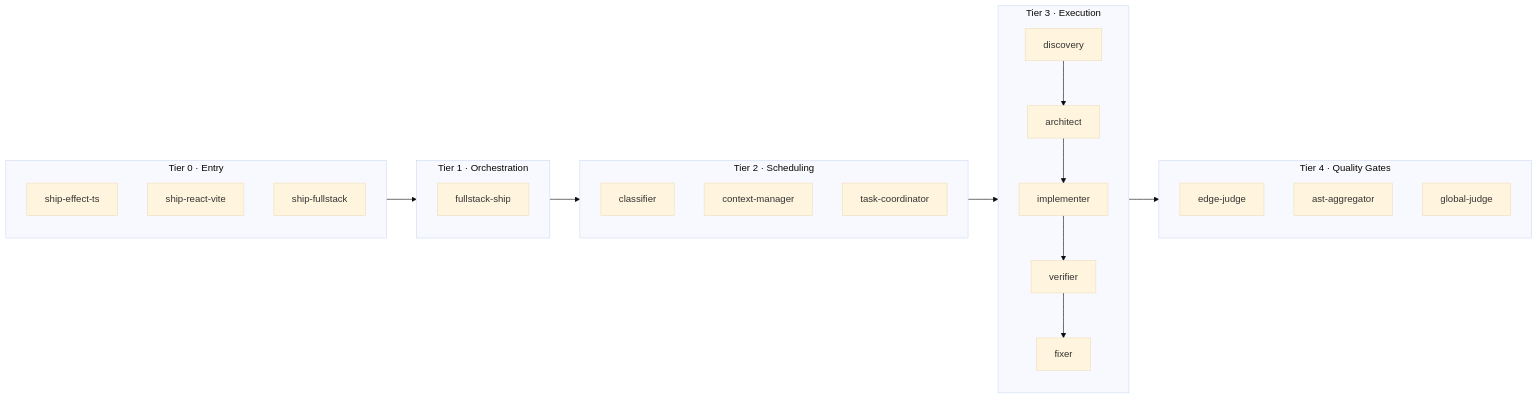
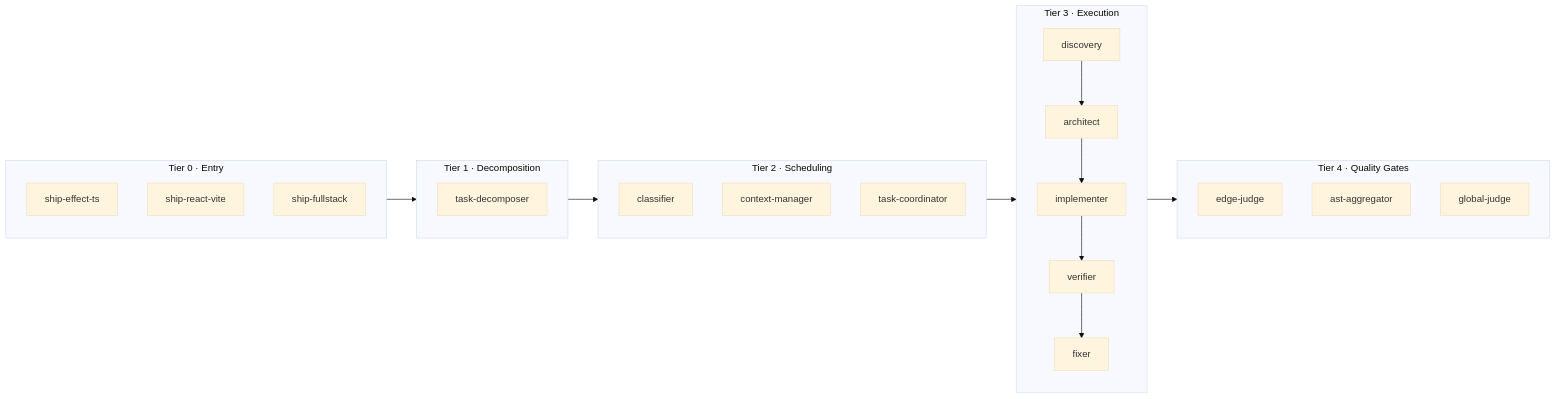
Before and after one commit to datnguyennnx/nyx: the first of 4 diagrams in README.md, drawn with Mermaid (base theme). The commit also changed other lines of this file and 38 other files, not shown here.

````diff
--- a/README.md
+++ b/README.md
@@ -22,30 +54,30 @@
 ```mermaid
 flowchart LR
     subgraph T0["Tier 0 · Entry"]
         direction TB
         SE[ship-effect-ts]
         SR[ship-react-vite]
         SF[ship-fullstack]
     end
-    subgraph T1["Tier 1 · Orchestration"]
-        FS[fullstack-ship]
+    subgraph T1["Tier 1 · Decomposition"]
+        TD[task-decomposer]
     end
     subgraph T2["Tier 2 · Scheduling"]
         CL[classifier]
         CM[context-manager]
         TC[task-coordinator]
     end
     subgraph T3["Tier 3 · Execution"]
         direction TB
         DI[discovery] --> AR[architect]
         AR --> IM[implementer]
         IM --> VE[verifier]
         VE --> FI[fixer]
     end
     subgraph T4["Tier 4 · Quality Gates"]
         EJ[edge-judge]
         AA[ast-aggregator]
         GJ[global-judge]
     end
     T0 --> T1 --> T2 --> T3 --> T4
 ```
````
